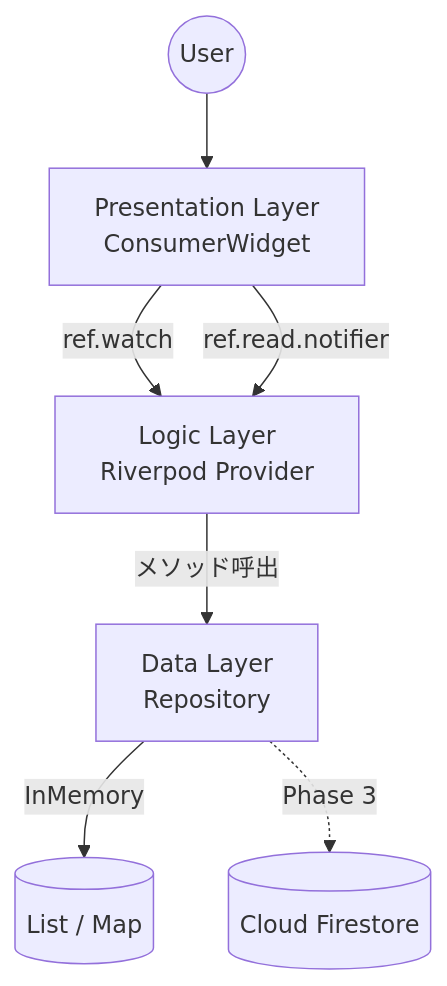
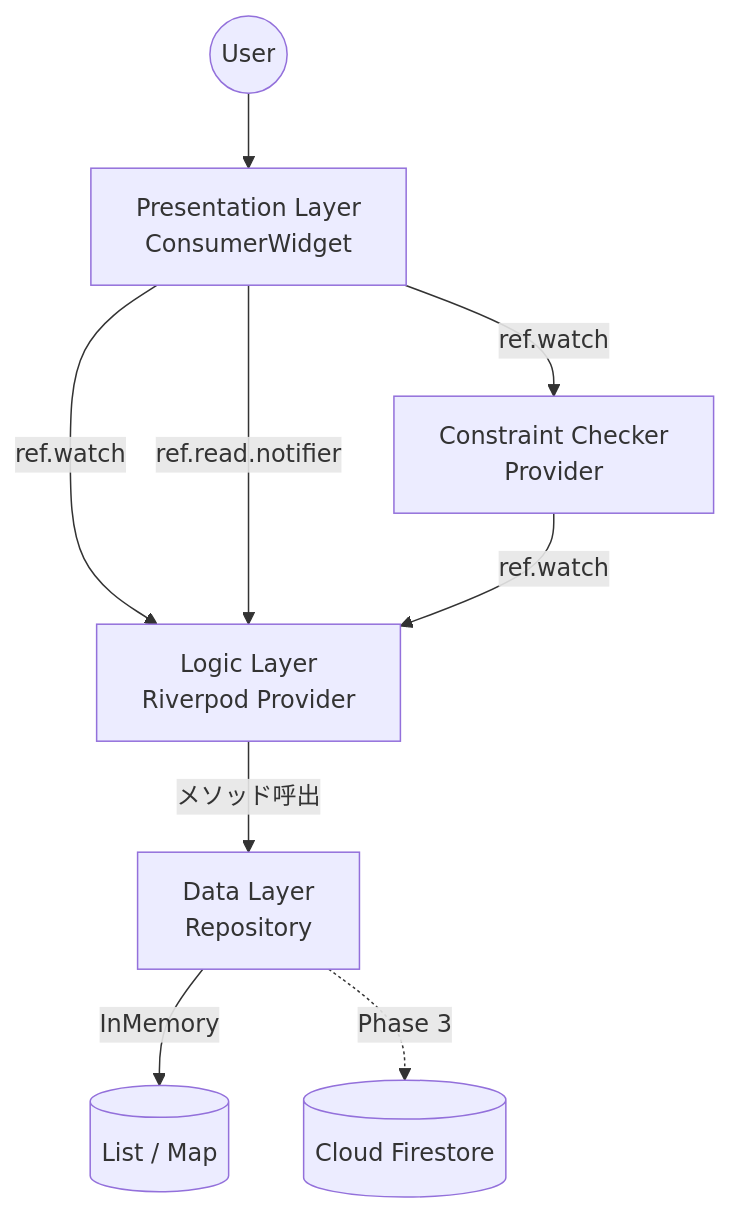
Before and after one commit to vdnih/life-compass-tokyo: the first of 3 diagrams in docs/SOFTWARE_ARCHITECTURE.md, drawn with Mermaid. The commit also changed other lines of this file and 24 other files, not shown here.

````diff
--- a/docs/SOFTWARE_ARCHITECTURE.md
+++ b/docs/SOFTWARE_ARCHITECTURE.md
@@ -97,9 +114,11 @@
 ```mermaid
 graph TD
     User((User)) --> UI[Presentation Layer<br>ConsumerWidget]
     UI -->|ref.watch| Logic[Logic Layer<br>Riverpod Provider]
+    UI -->|ref.watch| Constraint[Constraint Checker<br>Provider]
     UI -->|ref.read.notifier| Logic
     Logic -->|メソッド呼出| Data[Data Layer<br>Repository]
+    Constraint -->|ref.watch| Logic
     Data -->|InMemory| Memory[(List / Map)]
     Data -.->|Phase 3| Firestore[(Cloud Firestore)]
 ```
````
